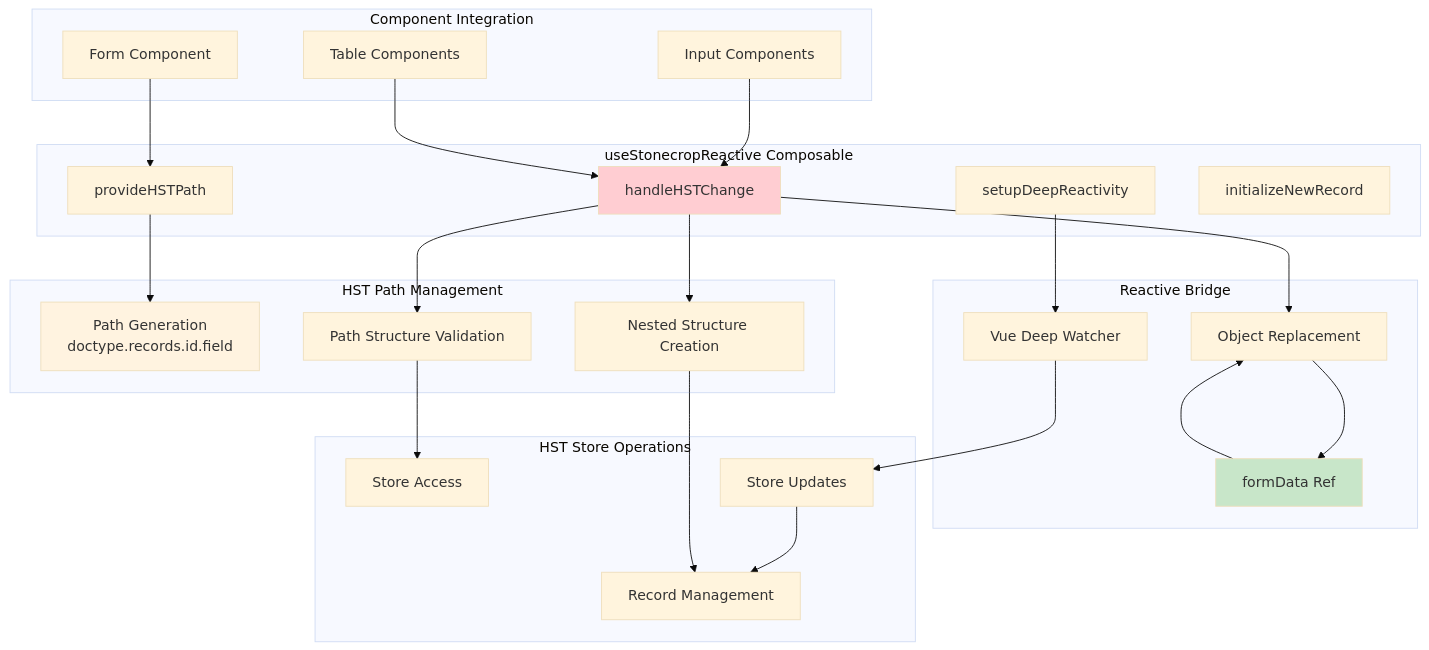
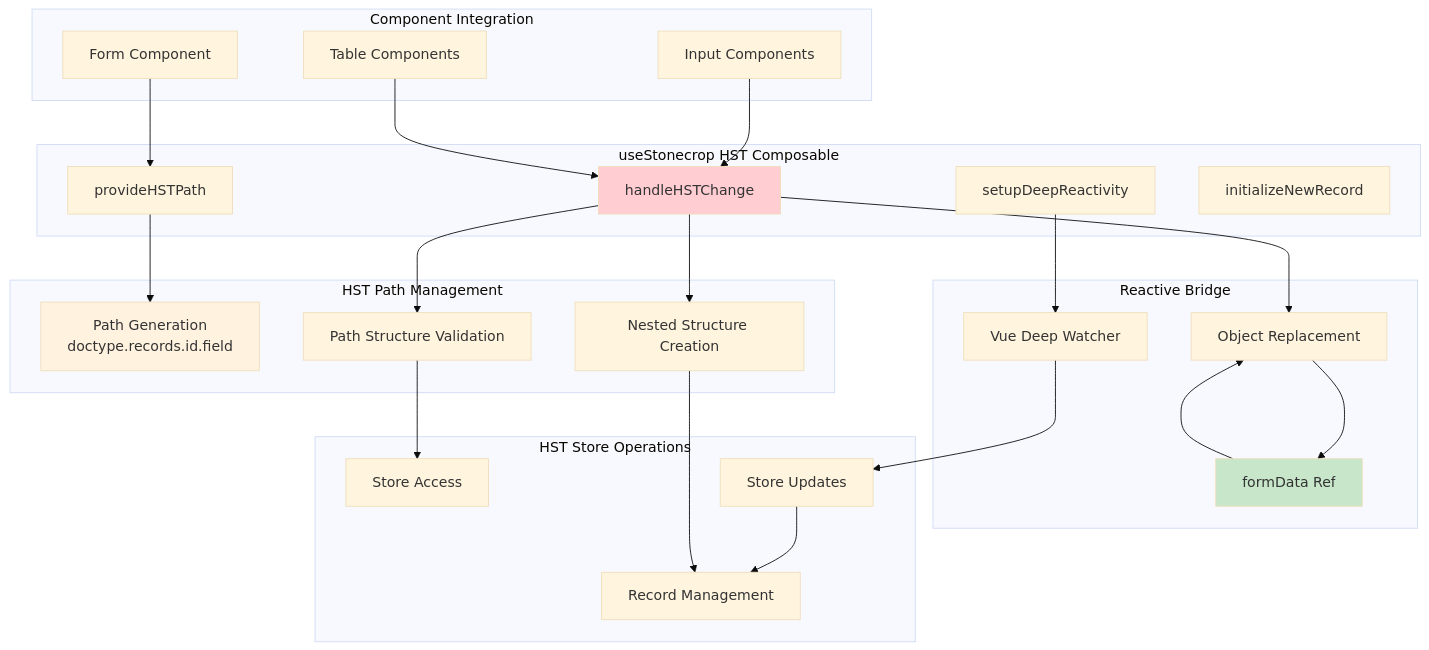
One commit to agritheory/stonecrop changed the second of 6 diagrams in stonecrop/HST.md. Above: the diagram before and after it, drawn with Mermaid (base theme). The commit also changed other lines of this file and 8 other files, not shown here.

Commit message:
fix: use a single useStonecrop composable

````diff
--- a/stonecrop/HST.md
+++ b/stonecrop/HST.md
@@ -52,56 +51,56 @@
 ```mermaid
 graph TB
     subgraph "Component Integration"
         FC[Form Component]
         IC[Input Components]
         TC[Table Components]
     end
 
-    subgraph "useStonecropReactive Composable"
+    subgraph "useStonecrop HST Composable"
         PHST[provideHSTPath]
         HHST[handleHSTChange]
         SDUP[setupDeepReactivity]
         INR[initializeNewRecord]
     end
 
     subgraph "HST Path Management"
         PG[Path Generation<br/>doctype.records.id.field]
         PS[Path Structure Validation]
         NS[Nested Structure Creation]
     end
 
     subgraph "Reactive Bridge"
         FDR[formData Ref]
         VW[Vue Deep Watcher]
         OR[Object Replacement]
     end
 
     subgraph "HST Store Operations"
         SA[Store Access]
         SU[Store Updates]
         REC[Record Management]
     end
 
     FC --> PHST
     IC --> HHST
     TC --> HHST
 
     PHST --> PG
     HHST --> PS
     HHST --> NS
     HHST --> OR
 
     SDUP --> VW
     VW --> SU
 
     FDR --> OR
     OR --> FDR
 
     PS --> SA
     SU --> REC
     NS --> REC
 
     style HHST fill:#ffcdd2
     style FDR fill:#c8e6c9
     style PG fill:#fff3e0
 ```
````
